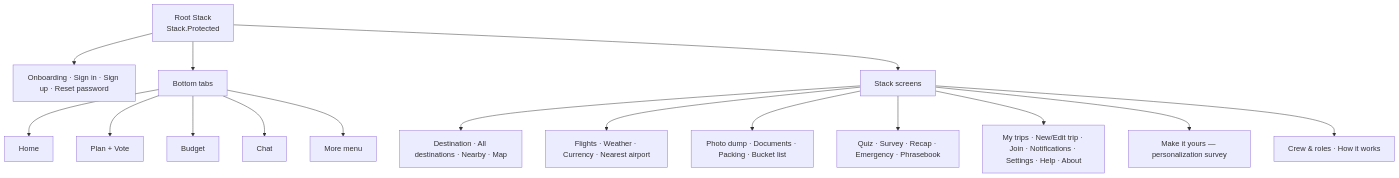
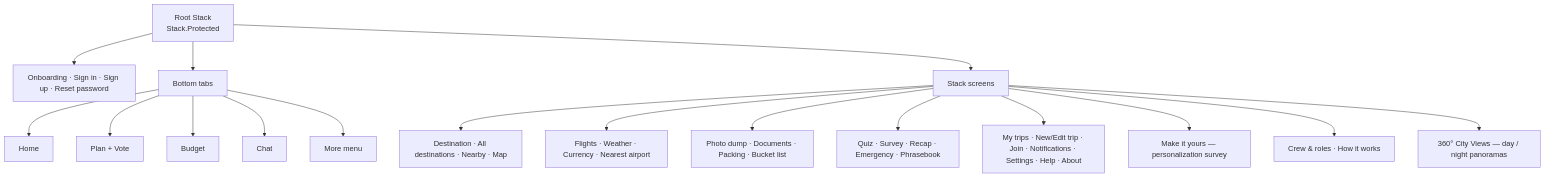
The second of 4 diagrams in together-we-go/docs/PLANNING.md (Zikobob/Stock-research), drawn with Mermaid before and after one commit. The commit also changed other lines of this file and 14 other files, not shown here.

First line of the commit message:
Add 360-degree city views with a day/night toggle and night lights

````diff
--- a/together-we-go/docs/PLANNING.md
+++ b/together-we-go/docs/PLANNING.md
@@ -33,18 +33,19 @@
 ```mermaid
 flowchart TB
   Root[Root Stack<br/>Stack.Protected] --> Auth[Onboarding · Sign in · Sign up · Reset password]
   Root --> Tabs[Bottom tabs]
   Tabs --> T1[Home]
   Tabs --> T2[Plan + Vote]
   Tabs --> T3[Budget]
   Tabs --> T4[Chat]
   Tabs --> T5[More menu]
   Root --> More[Stack screens]
   More --> M1[Destination · All destinations · Nearby · Map]
   More --> M2[Flights · Weather · Currency · Nearest airport]
   More --> M3[Photo dump · Documents · Packing · Bucket list]
   More --> M4[Quiz · Survey · Recap · Emergency · Phrasebook]
   More --> M5[My trips · New/Edit trip · Join · Notifications · Settings · Help · About]
   More --> M6[Make it yours — personalization survey]
   More --> M7[Crew & roles · How it works]
+  More --> M8[360° City Views — day / night panoramas]
 ```
````
